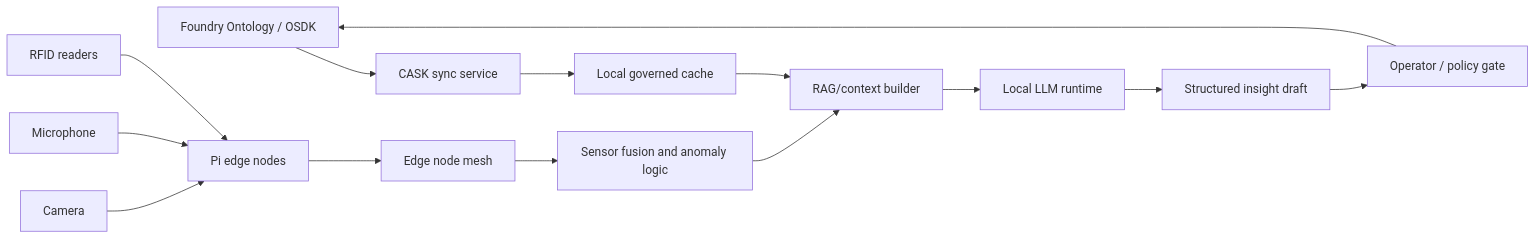
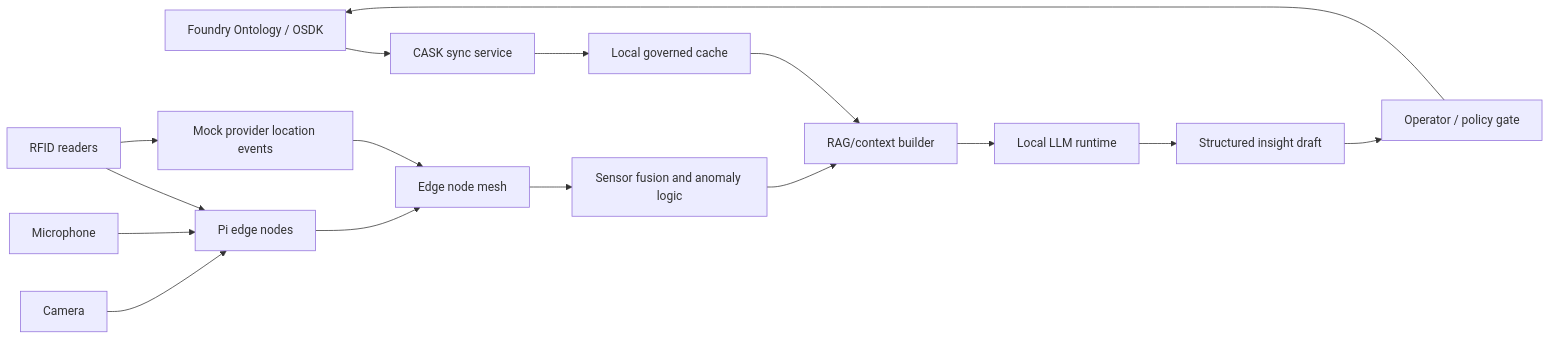
The diagram in README.md (digitalnomd/altiair), drawn with Mermaid before and after one commit. The commit also changed other lines of this file and 1 other file, not shown here.

Commit message:
Document mocked provider location telemetry

````diff
--- a/README.md
+++ b/README.md
@@ -44,16 +47,18 @@
 ```mermaid
 flowchart LR
     Foundry["Foundry Ontology / OSDK"] --> Sync["CASK sync service"]
     Sync --> Cache["Local governed cache"]
     Camera["Camera"] --> Pi["Pi edge nodes"]
     Mic["Microphone"] --> Pi
     RFID["RFID readers"] --> Pi
+    RFID --> MockLoc["Mock provider location events"]
     Pi --> Mesh["Edge node mesh"]
+    MockLoc --> Mesh
     Mesh --> Fusion["Sensor fusion and anomaly logic"]
     Cache --> Context["RAG/context builder"]
     Fusion --> Context
     Context --> LLM["Local LLM runtime"]
     LLM --> Draft["Structured insight draft"]
     Draft --> Review["Operator / policy gate"]
     Review --> Foundry
 ```
````
